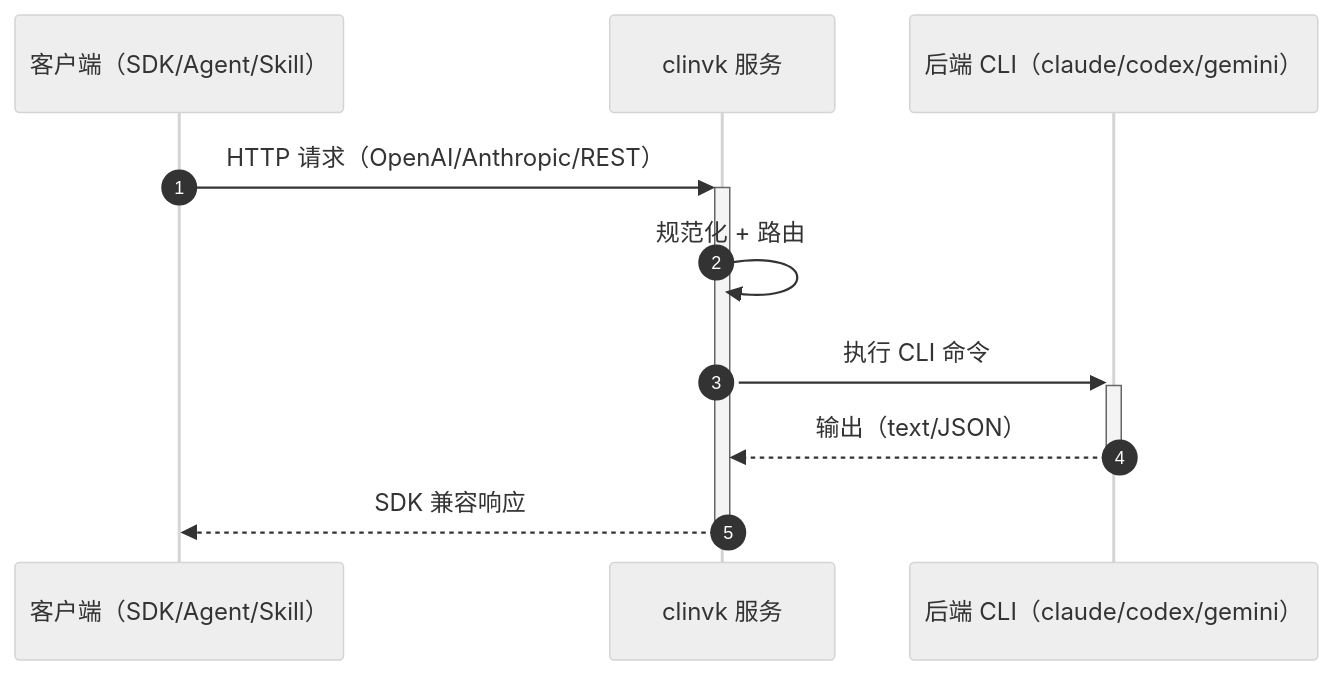
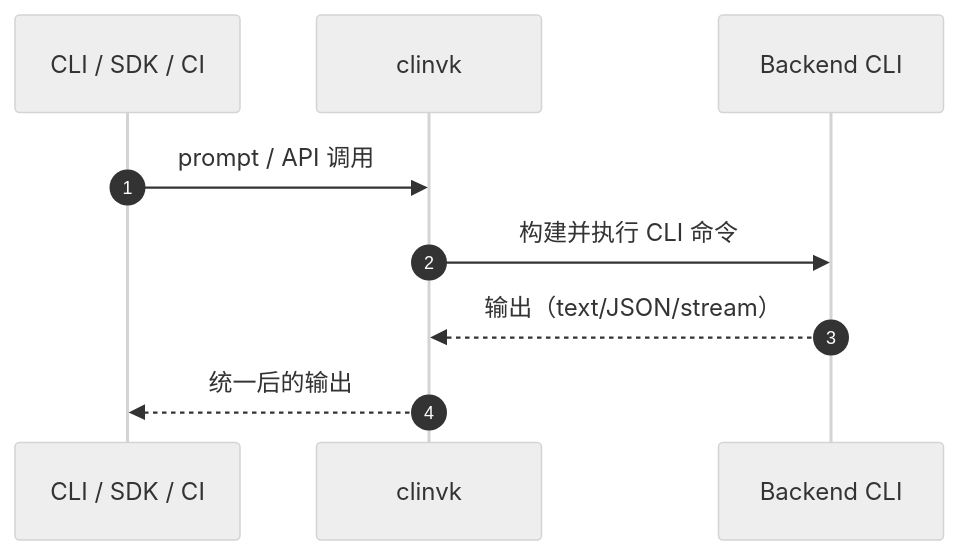
One commit to signalridge/clinvoker changed the diagram in docs/index.zh.md. Above: the diagram before and after it, drawn with Mermaid (neutral theme). The commit also changed other lines of this file and 75 other files, not shown here.

````diff
--- a/docs/index.zh.md
+++ b/docs/index.zh.md
@@ -97,13 +28,12 @@
 ```mermaid
 sequenceDiagram
     autonumber
-    participant Client as 客户端（SDK/Agent/Skill）
-    participant Server as clinvk 服务
-    participant Backend as 后端 CLI（claude/codex/gemini）
+    participant Client as CLI / SDK / CI
+    participant clinvk as clinvk
+    participant Backend as Backend CLI
 
-    Client->>+Server: HTTP 请求（OpenAI/Anthropic/REST）
-    Server->>Server: 规范化 + 路由
-    Server->>+Backend: 执行 CLI 命令
-    Backend-->>-Server: 输出（text/JSON）
-    Server-->>-Client: SDK 兼容响应
+    Client->>clinvk: prompt / API 调用
+    clinvk->>Backend: 构建并执行 CLI 命令
+    Backend-->>clinvk: 输出（text/JSON/stream）
+    clinvk-->>Client: 统一后的输出
 ```
````
